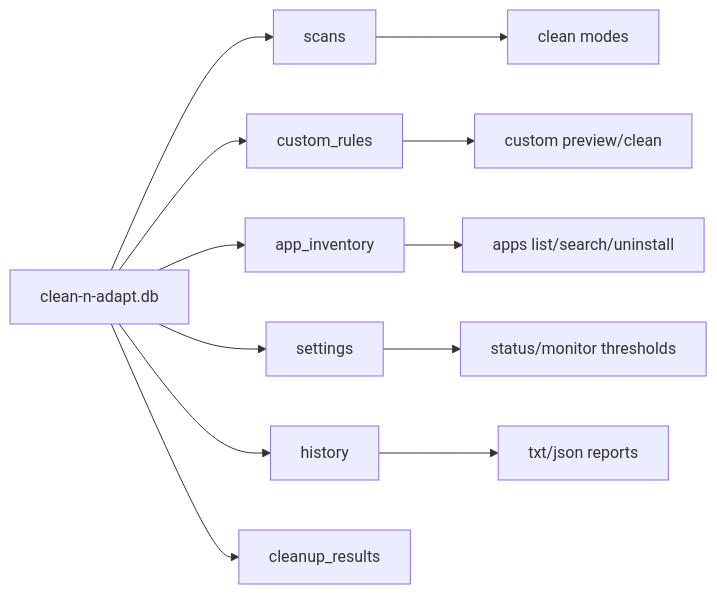
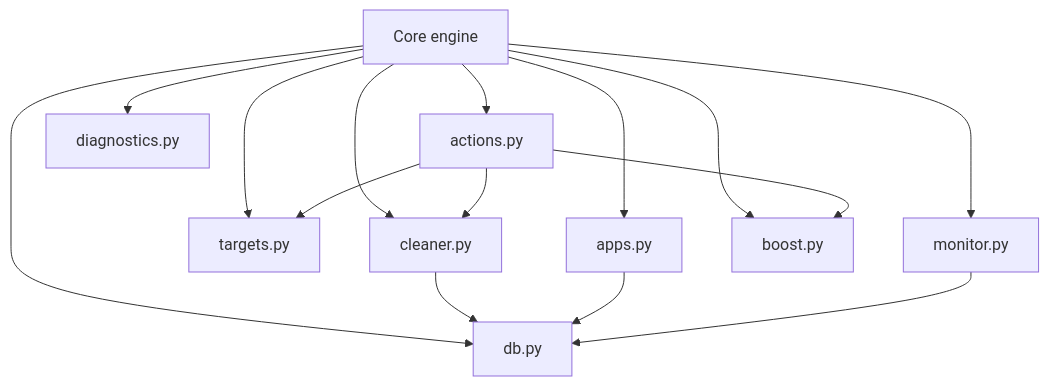
Before and after one commit to snehil-pandey/clean-n-adapt: the fourth of 10 diagrams in ARCHITECTURE.md, drawn with Mermaid. The commit also changed other lines of this file and 10 other files, not shown here.

````diff
--- a/ARCHITECTURE.md
+++ b/ARCHITECTURE.md
@@ -78,14 +60,17 @@
 ```mermaid
-flowchart LR
-    DB["clean-n-adapt.db"] --> Scans["scans"]
-    DB --> Custom["custom_rules"]
-    DB --> Apps["app_inventory"]
-    DB --> Settings["settings"]
-    DB --> History["history"]
-    DB --> Results["cleanup_results"]
-    Scans --> Clean["clean modes"]
-    Custom --> CustomClean["custom preview/clean"]
-    Apps --> AppList["apps list/search/uninstall"]
-    Settings --> Monitor["status/monitor thresholds"]
-    History --> Reports["txt/json reports"]
+flowchart TD
+    Core["Core engine"] --> Actions["actions.py"]
+    Core --> Cleaner["cleaner.py"]
+    Core --> Targets["targets.py"]
+    Core --> Apps["apps.py"]
+    Core --> Diagnostics["diagnostics.py"]
+    Core --> Monitor["monitor.py"]
+    Core --> Boost["boost.py"]
+    Core --> DBLayer["db.py"]
+    Actions --> Cleaner
+    Actions --> Boost
+    Actions --> Targets
+    Cleaner --> DBLayer
+    Apps --> DBLayer
+    Monitor --> DBLayer
 ```
````
